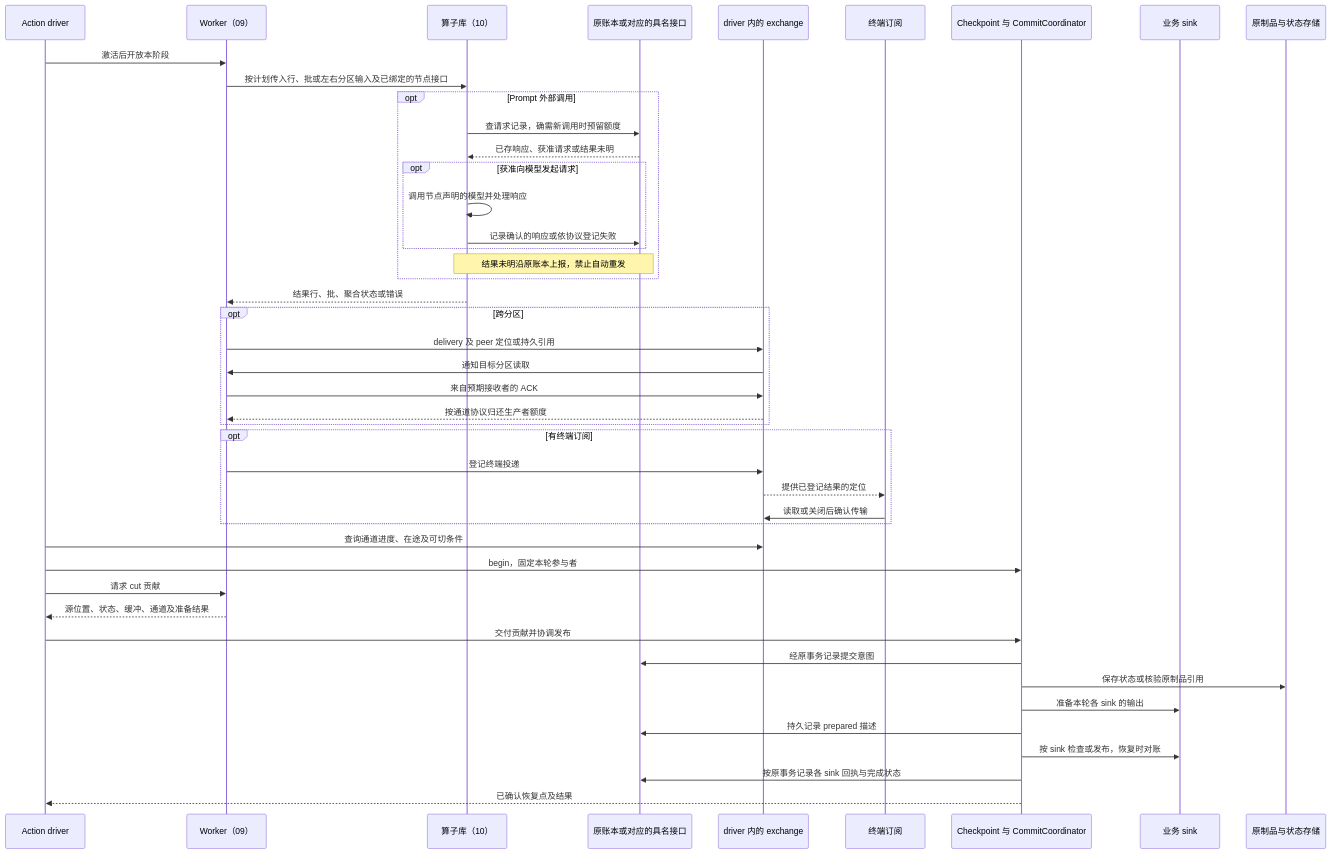
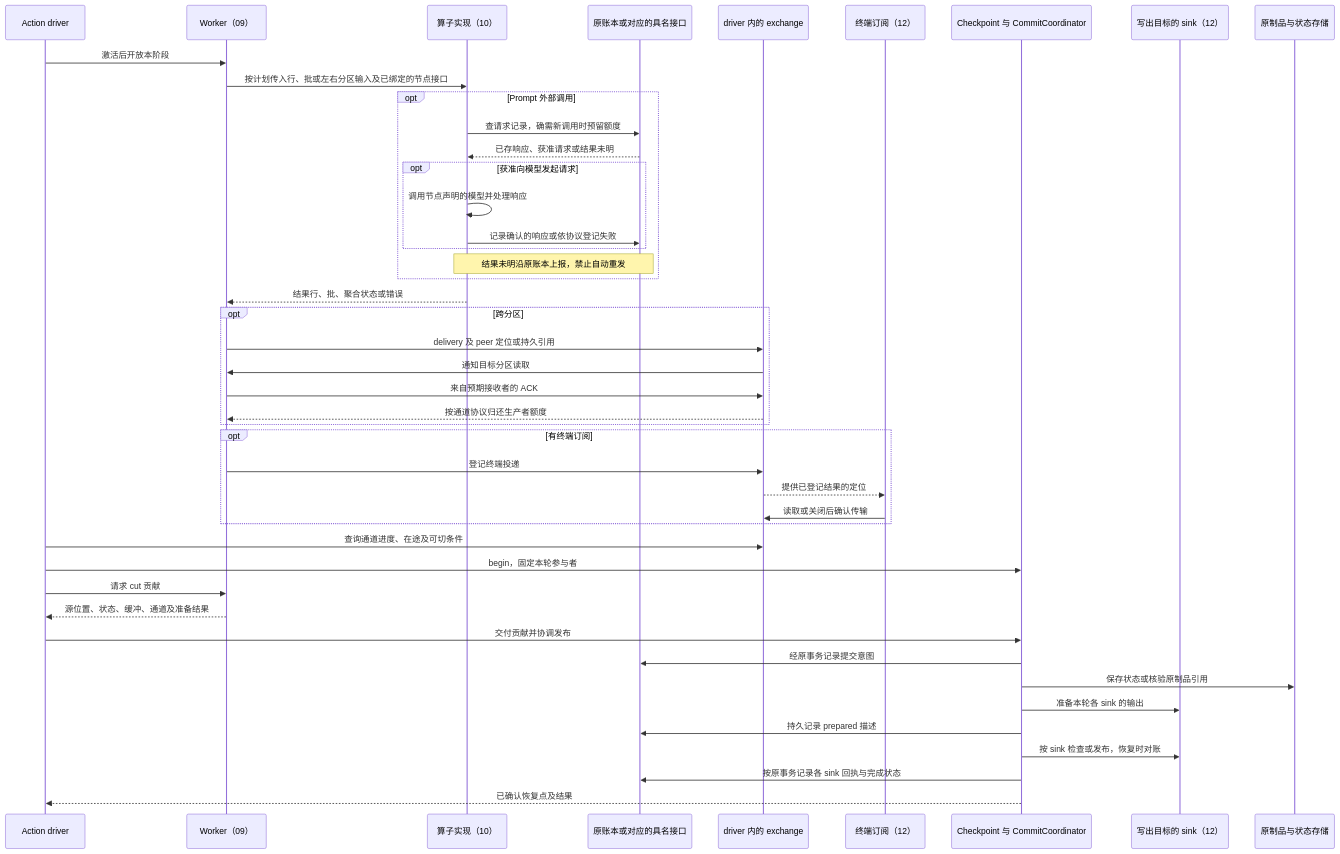
One commit to vincent9299/demiflow changed the second of 3 diagrams in docs/dataset-engine-architecture.md. Above: the diagram before and after it, drawn with Mermaid. The commit also changed other lines of this file, not shown here.

Commit message:
Name operator implementations and define terminal output independently of sink type

````diff
--- a/docs/dataset-engine-architecture.md
+++ b/docs/dataset-engine-architecture.md
@@ -101,47 +101,47 @@
 ```mermaid
 sequenceDiagram
     participant D as Action driver
     participant W as Worker（09）
-    participant O as 算子库（10）
+    participant O as 算子实现（10）
     participant J as 原账本或对应的具名接口
     participant X as driver 内的 exchange
-    participant T as 终端订阅
+    participant T as 终端订阅（12）
     participant C as Checkpoint 与 CommitCoordinator
-    participant K as 业务 sink
+    participant K as 写出目标的 sink（12）
     participant S as 原制品与状态存储
     D->>W: 激活后开放本阶段
     W->>O: 按计划传入行、批或左右分区输入及已绑定的节点接口
     opt Prompt 外部调用
         O->>J: 查请求记录，确需新调用时预留额度
         J-->>O: 已存响应、获准请求或结果未明
         opt 获准向模型发起请求
             O->>O: 调用节点声明的模型并处理响应
             O->>J: 记录确认的响应或依协议登记失败
         end
         Note over O,J: 结果未明沿原账本上报，禁止自动重发
     end
     O-->>W: 结果行、批、聚合状态或错误
     opt 跨分区
         W->>X: delivery 及 peer 定位或持久引用
         X->>W: 通知目标分区读取
         W->>X: 来自预期接收者的 ACK
         X-->>W: 按通道协议归还生产者额度
     end
     opt 有终端订阅
         W->>X: 登记终端投递
         X-->>T: 提供已登记结果的定位
         T->>X: 读取或关闭后确认传输
     end
     D->>X: 查询通道进度、在途及可切条件
     D->>C: begin，固定本轮参与者
     D->>W: 请求 cut 贡献
     W-->>D: 源位置、状态、缓冲、通道及准备结果
     D->>C: 交付贡献并协调发布
     C->>J: 经原事务记录提交意图
     C->>S: 保存状态或核验原制品引用
     C->>K: 准备本轮各 sink 的输出
     C->>J: 持久记录 prepared 描述
     C->>K: 按 sink 检查或发布，恢复时对账
     C->>J: 按原事务记录各 sink 回执与完成状态
     C-->>D: 已确认恢复点及结果
 ```
````
